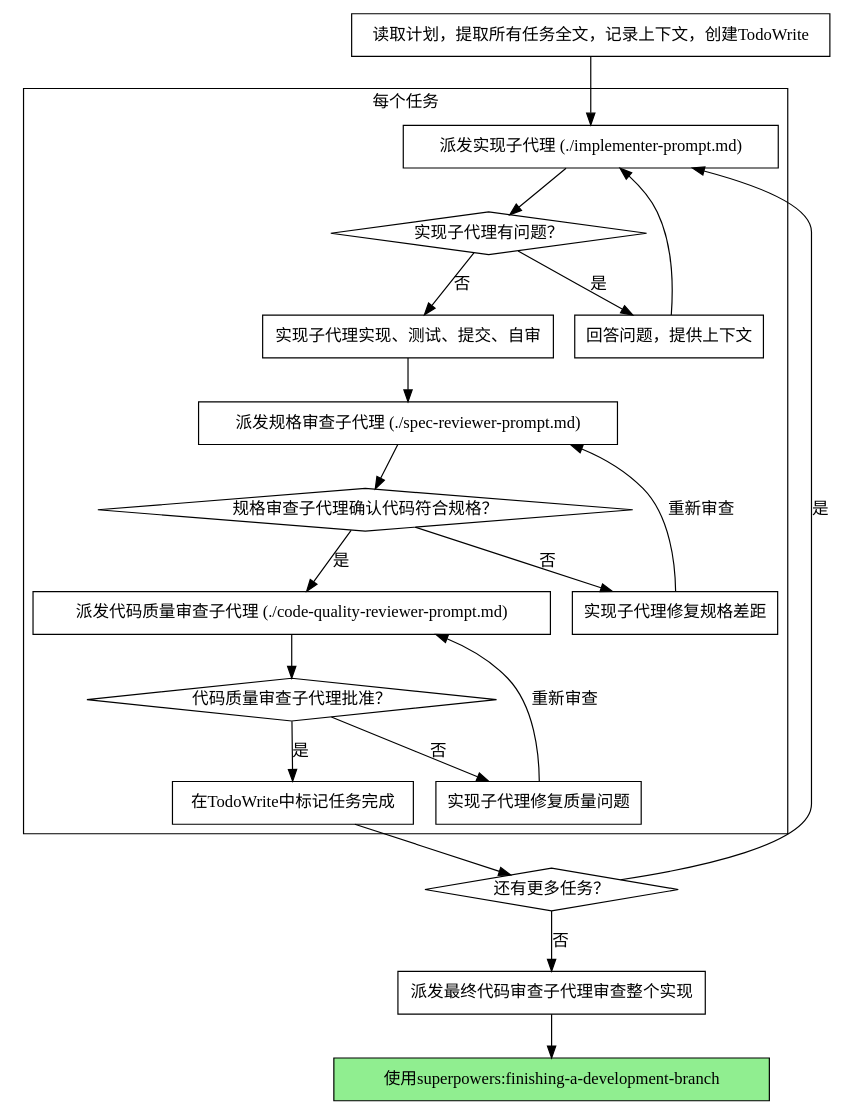
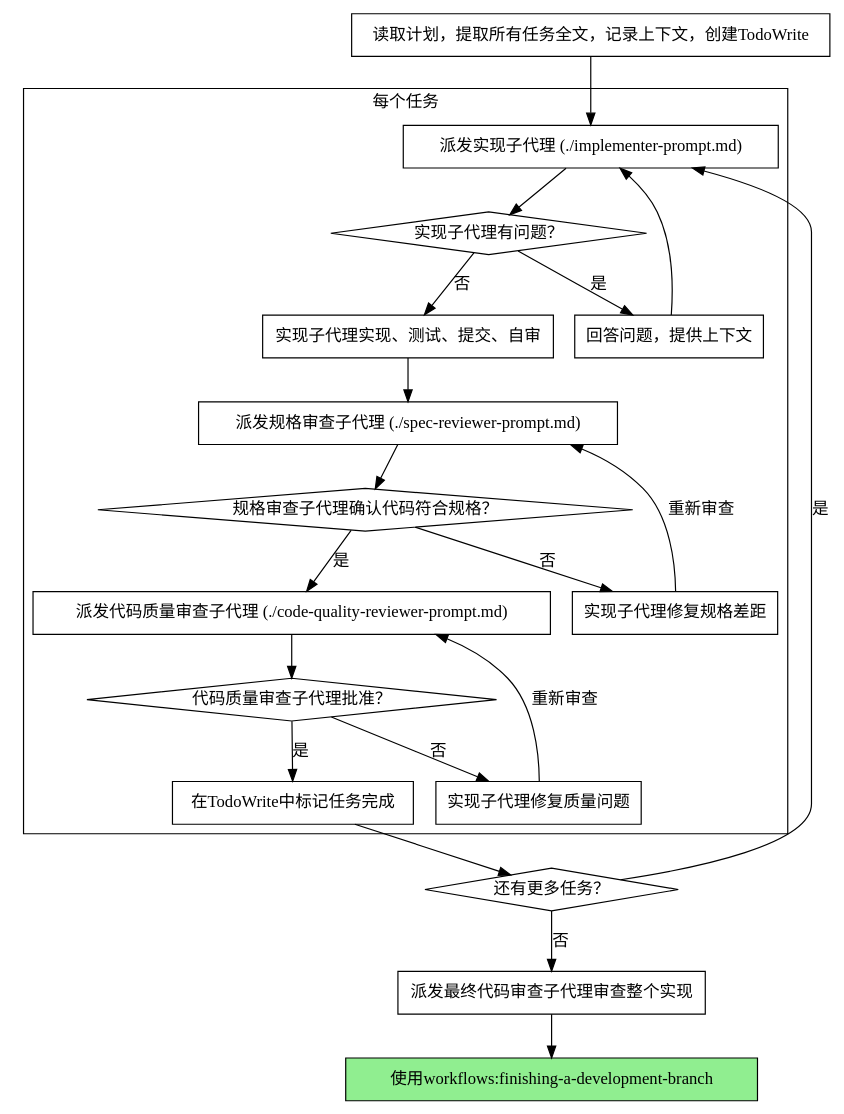
The second of 2 diagrams in coding-skills/workflows/subagent-driven-development.md (openbot-coder/coding-skills), drawn with Graphviz before and after one commit. The commit also changed other lines of this file and 4 other files, not shown here.

````diff
--- a/coding-skills/workflows/subagent-driven-development.md
+++ b/coding-skills/workflows/subagent-driven-development.md
@@ -40,44 +40,44 @@
 ```dot
 digraph process {
     rankdir=TB;
 
     subgraph cluster_per_task {
         label="每个任务";
         "派发实现子代理 (./implementer-prompt.md)" [shape=box];
         "实现子代理有问题？" [shape=diamond];
         "回答问题，提供上下文" [shape=box];
         "实现子代理实现、测试、提交、自审" [shape=box];
         "派发规格审查子代理 (./spec-reviewer-prompt.md)" [shape=box];
         "规格审查子代理确认代码符合规格？" [shape=diamond];
         "实现子代理修复规格差距" [shape=box];
         "派发代码质量审查子代理 (./code-quality-reviewer-prompt.md)" [shape=box];
         "代码质量审查子代理批准？" [shape=diamond];
         "实现子代理修复质量问题" [shape=box];
         "在TodoWrite中标记任务完成" [shape=box];
     }
 
     "读取计划，提取所有任务全文，记录上下文，创建TodoWrite" [shape=box];
     "还有更多任务？" [shape=diamond];
     "派发最终代码审查子代理审查整个实现" [shape=box];
-    "使用superpowers:finishing-a-development-branch" [shape=box style=filled fillcolor=lightgreen];
+    "使用workflows:finishing-a-development-branch" [shape=box style=filled fillcolor=lightgreen];
 
     "读取计划，提取所有任务全文，记录上下文，创建TodoWrite" -> "派发实现子代理 (./implementer-prompt.md)";
     "派发实现子代理 (./implementer-prompt.md)" -> "实现子代理有问题？";
     "实现子代理有问题？" -> "回答问题，提供上下文" [label="是"];
     "回答问题，提供上下文" -> "派发实现子代理 (./implementer-prompt.md)";
     "实现子代理有问题？" -> "实现子代理实现、测试、提交、自审" [label="否"];
     "实现子代理实现、测试、提交、自审" -> "派发规格审查子代理 (./spec-reviewer-prompt.md)";
     "派发规格审查子代理 (./spec-reviewer-prompt.md)" -> "规格审查子代理确认代码符合规格？";
     "规格审查子代理确认代码符合规格？" -> "实现子代理修复规格差距" [label="否"];
     "实现子代理修复规格差距" -> "派发规格审查子代理 (./spec-reviewer-prompt.md)" [label="重新审查"];
     "规格审查子代理确认代码符合规格？" -> "派发代码质量审查子代理 (./code-quality-reviewer-prompt.md)" [label="是"];
     "派发代码质量审查子代理 (./code-quality-reviewer-prompt.md)" -> "代码质量审查子代理批准？";
     "代码质量审查子代理批准？" -> "实现子代理修复质量问题" [label="否"];
     "实现子代理修复质量问题" -> "派发代码质量审查子代理 (./code-quality-reviewer-prompt.md)" [label="重新审查"];
     "代码质量审查子代理批准？" -> "在TodoWrite中标记任务完成" [label="是"];
     "在TodoWrite中标记任务完成" -> "还有更多任务？";
     "还有更多任务？" -> "派发实现子代理 (./implementer-prompt.md)" [label="是"];
     "还有更多任务？" -> "派发最终代码审查子代理审查整个实现" [label="否"];
-    "派发最终代码审查子代理审查整个实现" -> "使用superpowers:finishing-a-development-branch";
+    "派发最终代码审查子代理审查整个实现" -> "使用workflows:finishing-a-development-branch";
 }
 ```
````
